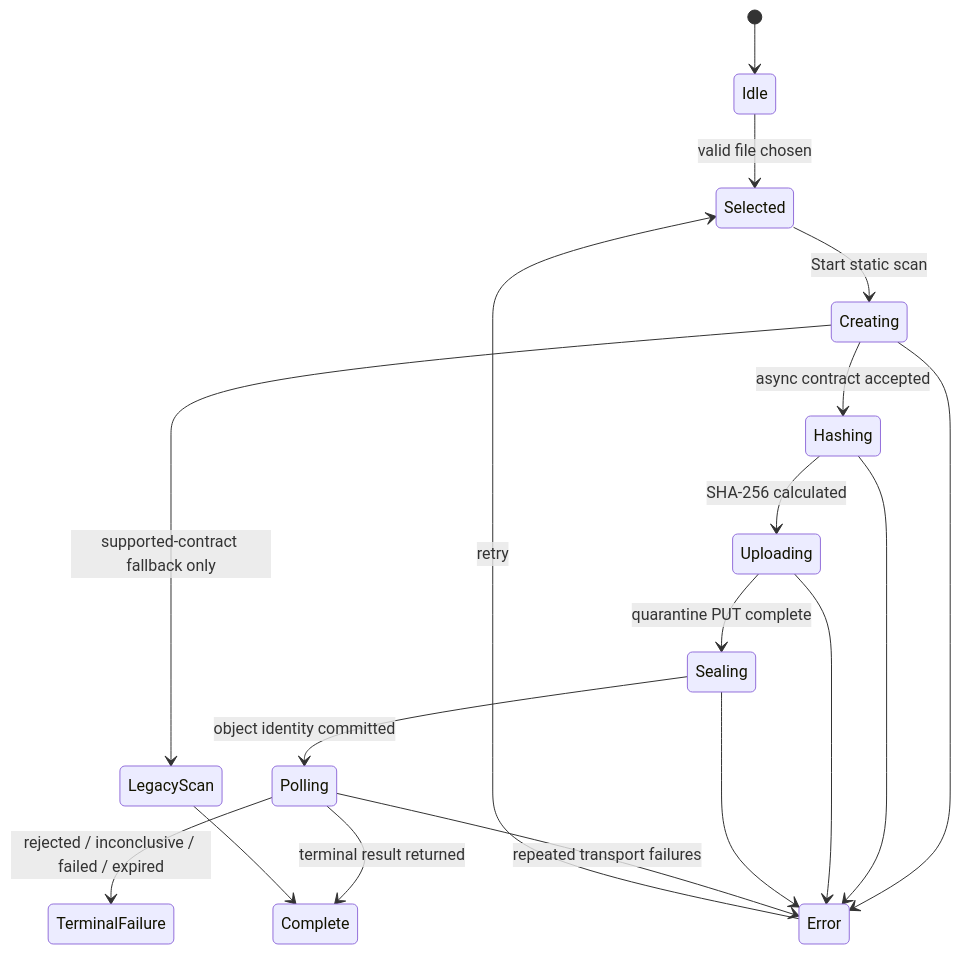
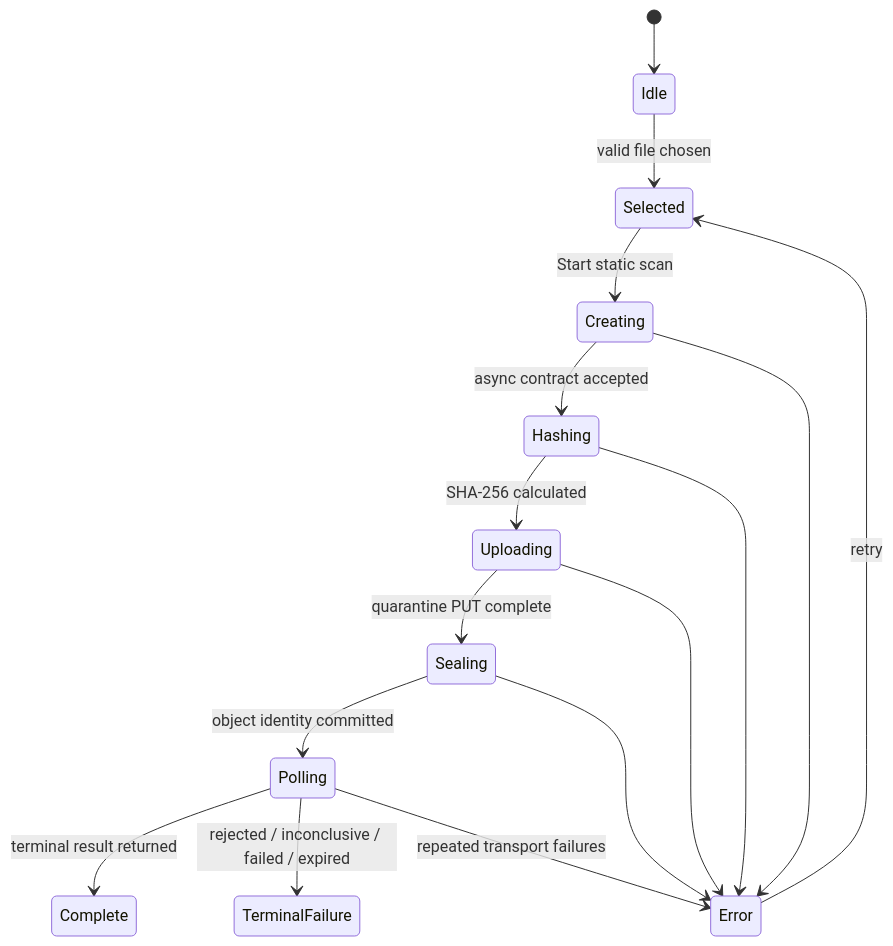
One commit to BogdanTibuleac/master changed the diagram in documentation/04-frontend-design.md. Above: the diagram before and after it, drawn with Mermaid. The commit also changed other lines of this file and 36 other files, not shown here.

````diff
--- a/documentation/04-frontend-design.md
+++ b/documentation/04-frontend-design.md
@@ -61,20 +61,18 @@
 ```mermaid
 stateDiagram-v2
     [*] --> Idle
     Idle --> Selected: valid file chosen
     Selected --> Creating: Start static scan
     Creating --> Hashing: async contract accepted
     Hashing --> Uploading: SHA-256 calculated
     Uploading --> Sealing: quarantine PUT complete
     Sealing --> Polling: object identity committed
     Polling --> Complete: terminal result returned
     Polling --> TerminalFailure: rejected / inconclusive / failed / expired
-    Creating --> LegacyScan: supported-contract fallback only
-    LegacyScan --> Complete
     Creating --> Error
     Hashing --> Error
     Uploading --> Error
     Sealing --> Error
     Polling --> Error: repeated transport failures
     Error --> Selected: retry
 ```
````
